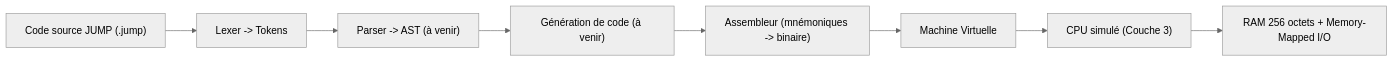
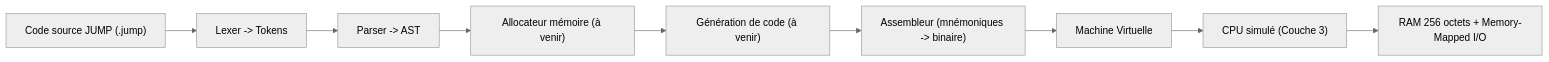
One commit to Jonas0o0/theoretical-computer changed the fourth of 4 diagrams in docs/src/06-these.md. Above: the diagram before and after it, drawn with Mermaid (neutral theme). The commit also changed other lines of this file, not shown here.

````diff
--- a/docs/src/06-these.md
+++ b/docs/src/06-these.md
@@ -208,10 +227,11 @@
 ```mermaid
 flowchart LR
     SRC["Code source JUMP (.jump)"] --> LEX["Lexer -> Tokens"]
-    LEX --> PARSE["Parser -> AST (à venir)"]
-    PARSE --> CODEGEN["Génération de code (à venir)"]
+    LEX --> PARSE["Parser -> AST"]
+    PARSE --> ALLOC["Allocateur mémoire (à venir)"]
+    ALLOC --> CODEGEN["Génération de code (à venir)"]
     CODEGEN --> ASM["Assembleur (mnémoniques -> binaire)"]
     ASM --> VM["Machine Virtuelle"]
     VM --> CPU["CPU simulé (Couche 3)"]
     CPU --> RAM["RAM 256 octets + Memory-Mapped I/O"]
 ```
````
